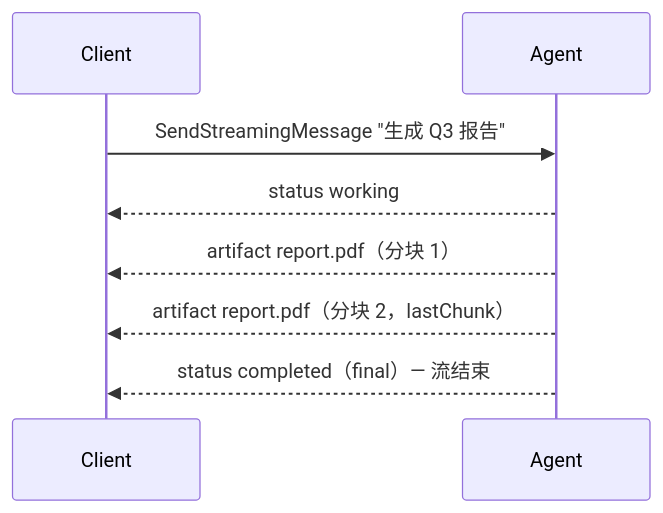
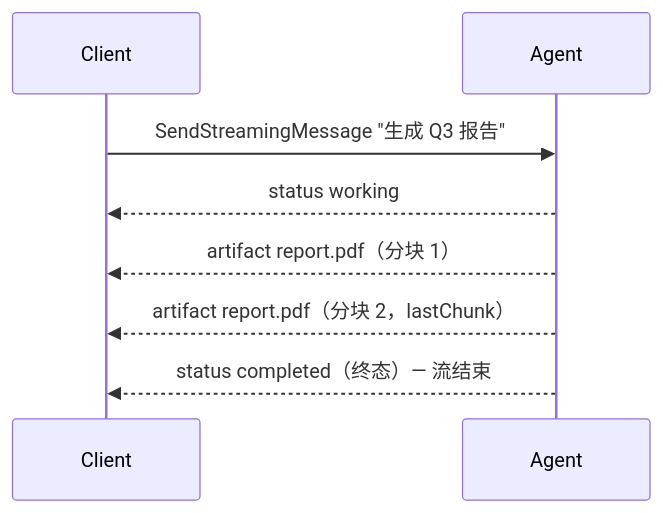
Before and after one commit to trpc-group/trpc-a2a-go: the third of 7 diagrams in docs/mkdocs/zh/protocol.md, drawn with Mermaid. The commit also changed other lines of this file and 1 other file, not shown here.

````diff
--- a/docs/mkdocs/zh/protocol.md
+++ b/docs/mkdocs/zh/protocol.md
@@ -122,10 +126,10 @@
 ```mermaid
 sequenceDiagram
     participant C as Client
     participant A as Agent
     C->>A: SendStreamingMessage "生成 Q3 报告"
     A-->>C: status working
     A-->>C: artifact report.pdf（分块 1）
     A-->>C: artifact report.pdf（分块 2，lastChunk）
-    A-->>C: status completed（final）— 流结束
+    A-->>C: status completed（终态）— 流结束
 ```
````
